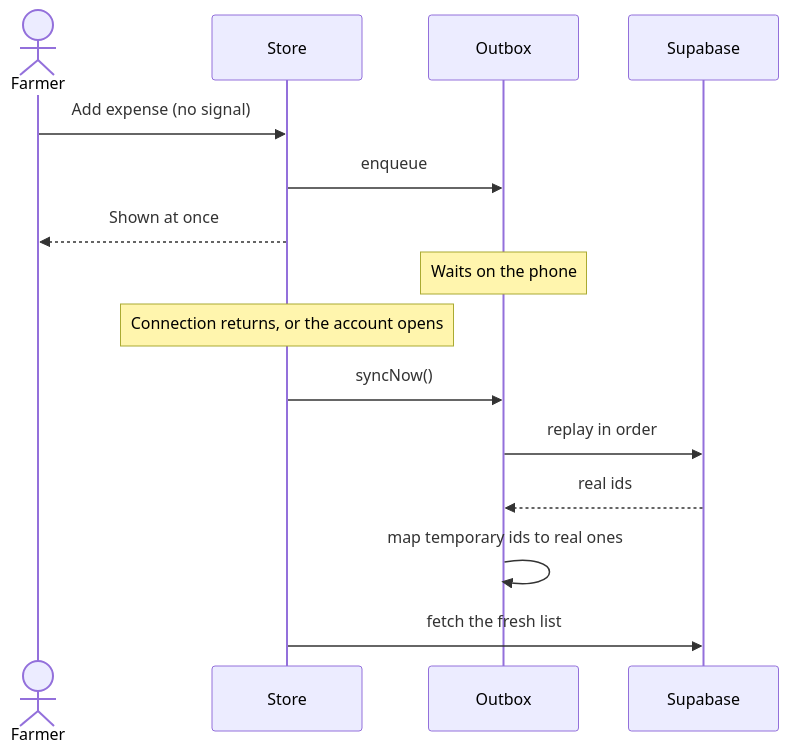
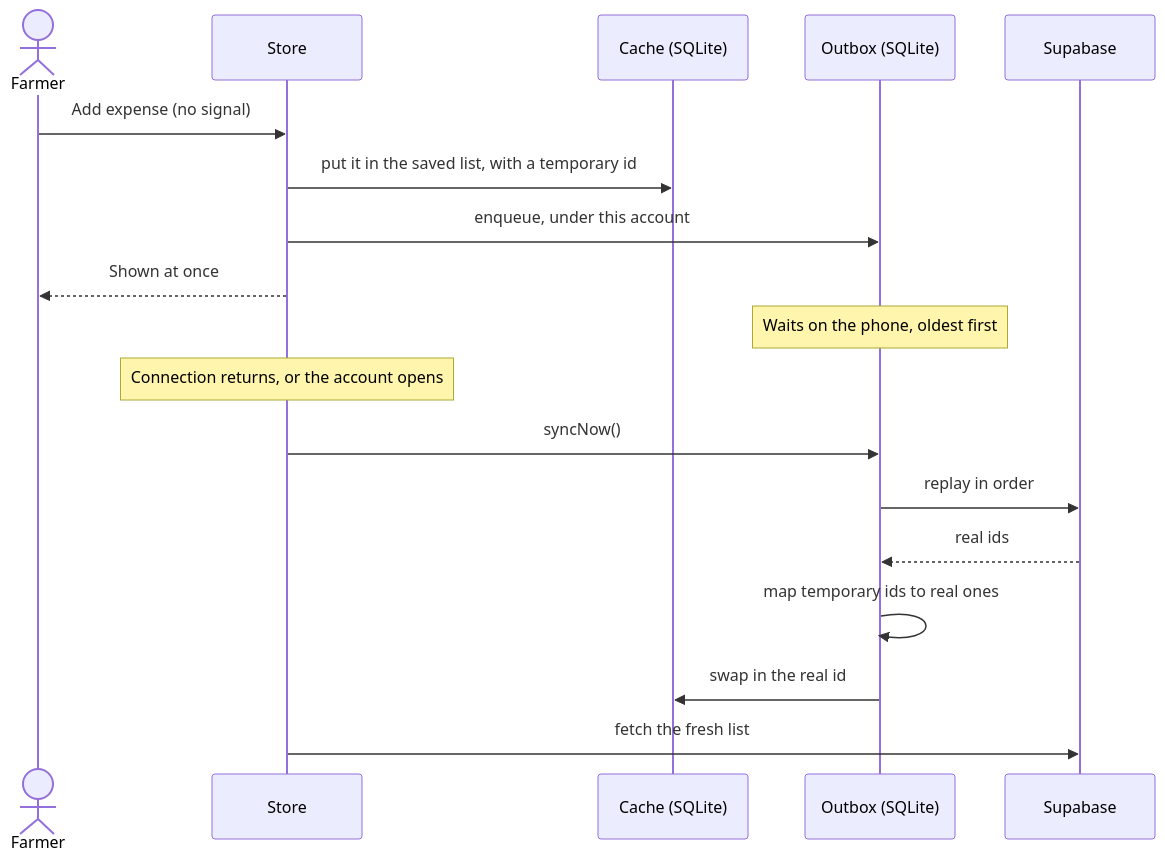
One commit to yslruzly/AniSense changed the eighth of 11 diagrams in docs/architecture.md. Above: the diagram before and after it, drawn with Mermaid. The commit also changed other lines of this file and 2 other files, not shown here.

Commit message:
Docs: SQLite offline design, opening without signal, orders and ratings live, featured farmers, nationwide sign-up, tab memory

````diff
--- a/docs/architecture.md
+++ b/docs/architecture.md
@@ -367,18 +381,21 @@
 ```mermaid
 sequenceDiagram
   actor F as Farmer
   participant S as Store
-  participant O as Outbox
+  participant C as Cache (SQLite)
+  participant O as Outbox (SQLite)
   participant DB as Supabase
 
   F->>S: Add expense (no signal)
-  S->>O: enqueue
+  S->>C: put it in the saved list, with a temporary id
+  S->>O: enqueue, under this account
   S-->>F: Shown at once
-  Note over O: Waits on the phone
+  Note over O: Waits on the phone, oldest first
   Note over S: Connection returns, or the account opens
   S->>O: syncNow()
   O->>DB: replay in order
   DB-->>O: real ids
   O->>O: map temporary ids to real ones
+  O->>C: swap in the real id
   S->>DB: fetch the fresh list
 ```
````
